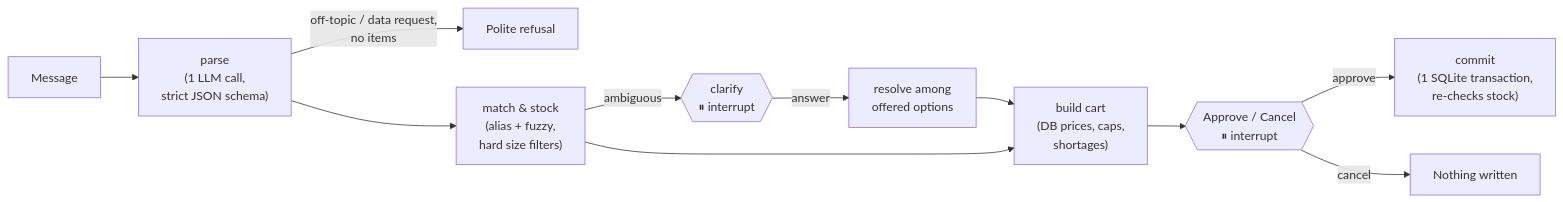
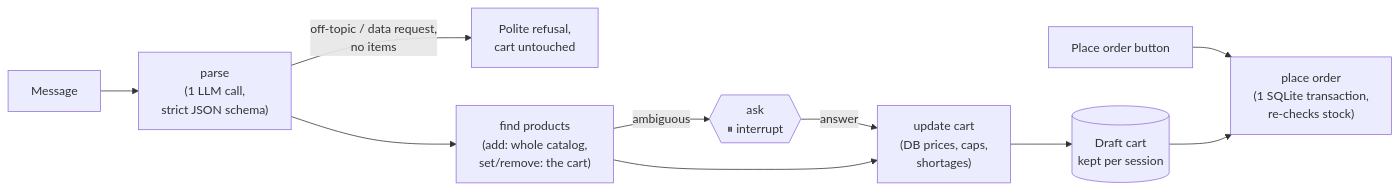
The diagram in README.md (chiragsingla25/bees-order-agent), drawn with Mermaid before and after one commit. The commit also changed other lines of this file and 27 other files, not shown here.

Commit message:
Chat-first ordering with a live cart: edit by chat, Place order, English-only UI, LangSmith tracing

````diff
--- a/README.md
+++ b/README.md
@@ -28,13 +28,12 @@
 ```mermaid
 flowchart LR
     M[Message] --> P["parse<br/>(1 LLM call,<br/>strict JSON schema)"]
-    P -->|off-topic / data request,<br/>no items| R[Polite refusal]
-    P --> MS["match & stock<br/>(alias + fuzzy,<br/>hard size filters)"]
-    MS -->|ambiguous| C{{"clarify<br/>⏸ interrupt"}}
-    C -->|answer| MS2[resolve among<br/>offered options]
-    MS2 --> B
-    MS --> B["build cart<br/>(DB prices, caps,<br/>shortages)"]
-    B --> A{{"Approve / Cancel<br/>⏸ interrupt"}}
-    A -->|approve| T["commit<br/>(1 SQLite transaction,<br/>re-checks stock)"]
-    A -->|cancel| X[Nothing written]
+    P -->|off-topic / data request,<br/>no items| R[Polite refusal,<br/>cart untouched]
+    P --> F["find products<br/>(add: whole catalog,<br/>set/remove: the cart)"]
+    F -->|ambiguous| Q{{"ask<br/>⏸ interrupt"}}
+    Q -->|answer| U
+    F --> U["update cart<br/>(DB prices, caps,<br/>shortages)"]
+    U --> C[(Draft cart<br/>kept per session)]
+    B[Place order button] --> T["place order<br/>(1 SQLite transaction,<br/>re-checks stock)"]
+    C --> T
 ```
````
